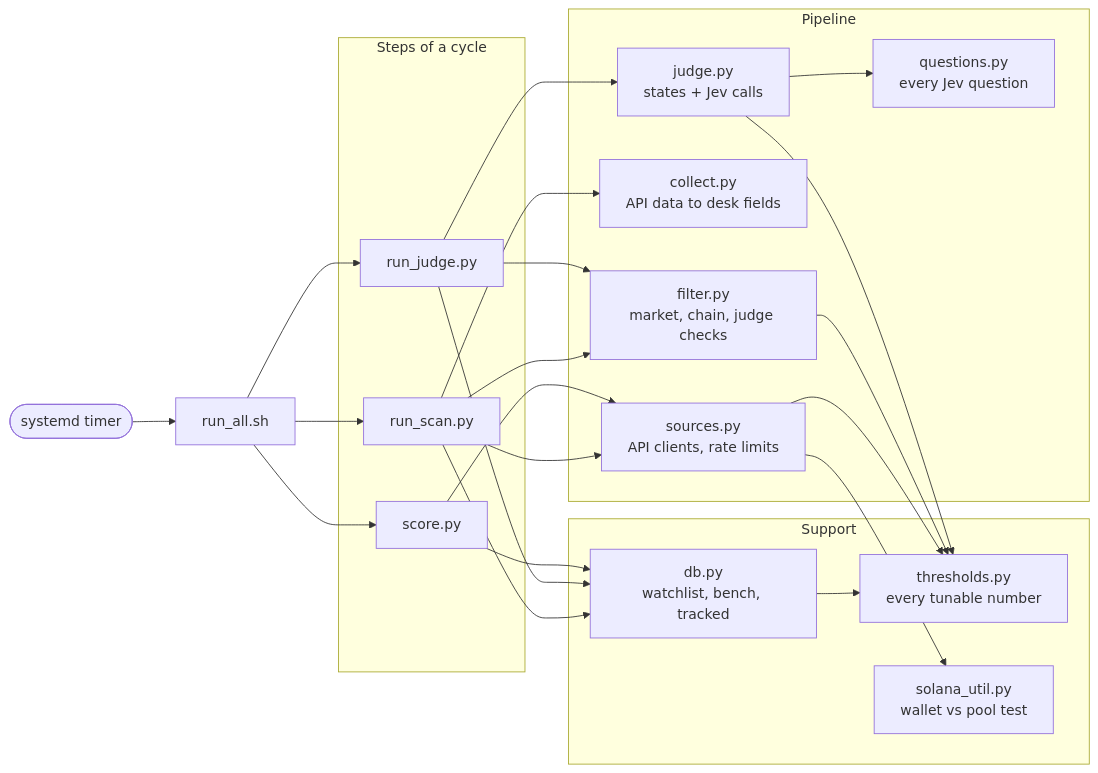
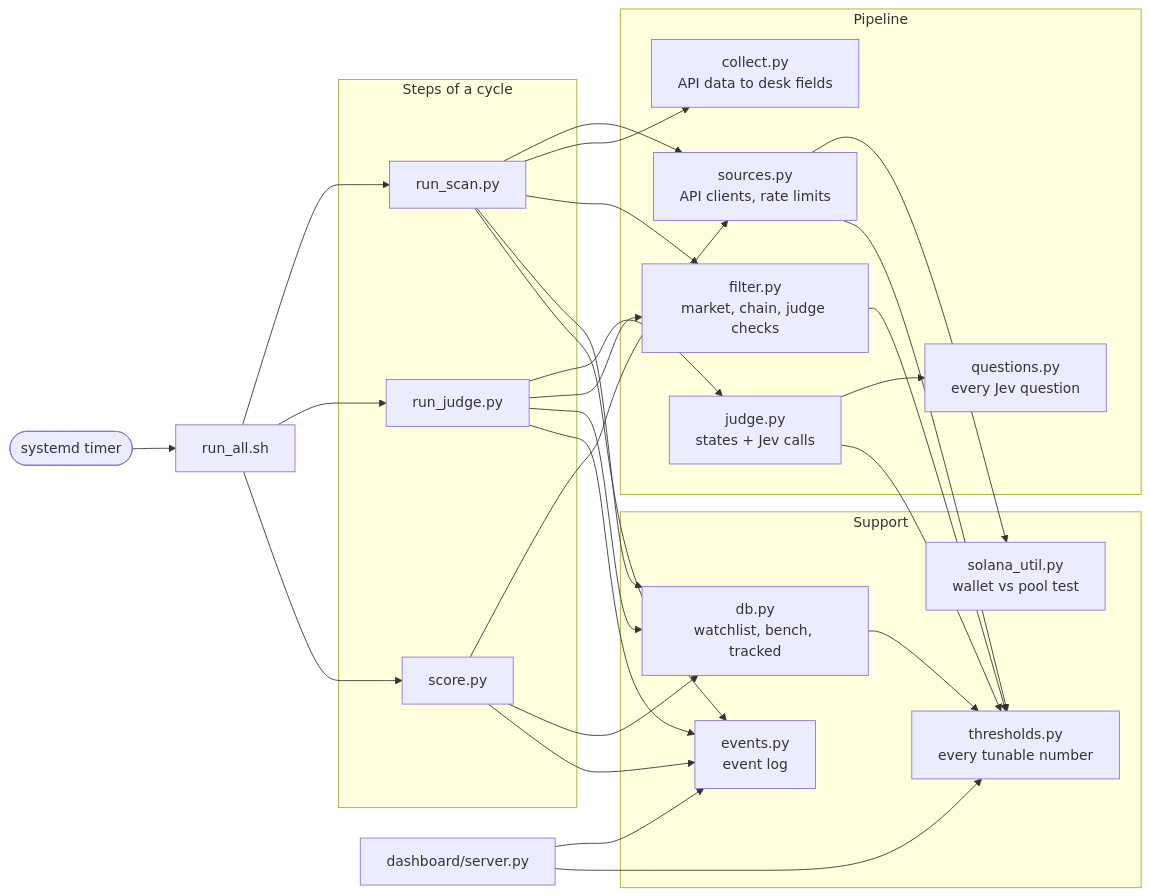
One commit to NickHammer/jev-desk changed the ninth of 9 diagrams in ARCHITECTURE.md. Above: the diagram before and after it, drawn with Mermaid. The commit also changed other lines of this file and 12 other files, not shown here.

First line of the commit message:
Dashboard step 1: event log, read-only server, every panel on real data

````diff
--- a/ARCHITECTURE.md
+++ b/ARCHITECTURE.md
@@ -200,28 +225,31 @@
 ```mermaid
 flowchart LR
     subgraph entry["Steps of a cycle"]
         rs["run_scan.py"]
         rj["run_judge.py"]
         sc["score.py"]
     end
     subgraph core["Pipeline"]
         src["sources.py<br/>API clients, rate limits"]
         col["collect.py<br/>API data to desk fields"]
         fil["filter.py<br/>market, chain, judge checks"]
         jd["judge.py<br/>states + Jev calls"]
         qs["questions.py<br/>every Jev question"]
     end
     subgraph support["Support"]
         th["thresholds.py<br/>every tunable number"]
+        ev2["events.py<br/>event log"]
         db["db.py<br/>watchlist, bench, tracked"]
         su["solana_util.py<br/>wallet vs pool test"]
     end
     tm(["systemd timer"]) --> ra["run_all.sh"]
     ra --> rs & rj & sc
     rs --> src & col & fil & db
     rj --> jd & fil & db
     sc --> src & db
     jd --> qs
     src --> su
     src & fil & db & jd --> th
+    rs & rj & sc --> ev2
+    ds["dashboard/server.py"] --> ev2 & th
 ```
````
